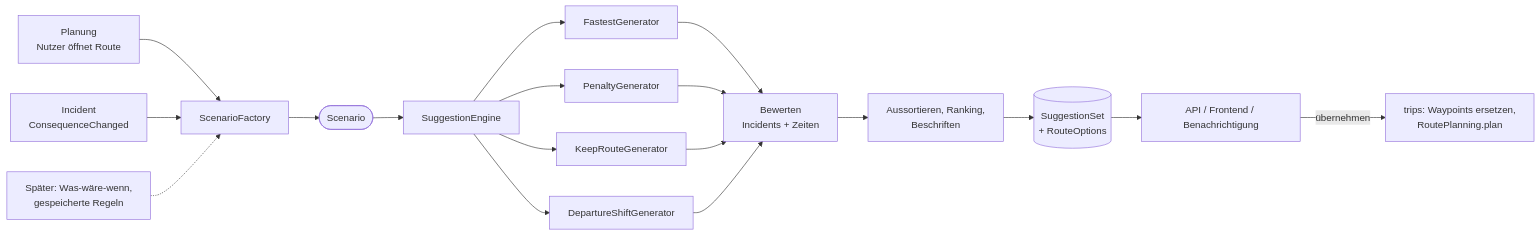
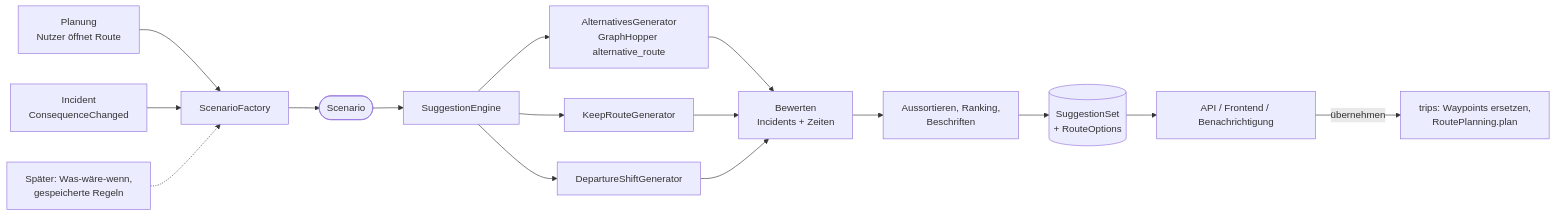
One commit to kehrbros/nofrustrationvacation changed the diagram in Docs/recommendations.md. Above: the diagram before and after it, drawn with Mermaid. The commit also changed other lines of this file and 1 other file, not shown here.

First line of the commit message:
Design: Alternativen über GraphHopper alternative_route statt Penalty-Methode

````diff
--- a/Docs/recommendations.md
+++ b/Docs/recommendations.md
@@ -10,17 +10,16 @@
 ```mermaid
 flowchart LR
     p[Planung<br>Nutzer öffnet Route] --> sf
     i[Incident<br>ConsequenceChanged] --> sf
     w[Später: Was-wäre-wenn,<br>gespeicherte Regeln] -.-> sf
     sf[ScenarioFactory] --> s([Scenario])
     s --> e[SuggestionEngine]
-    e --> g1[FastestGenerator]
-    e --> g2[PenaltyGenerator]
+    e --> g2[AlternativesGenerator<br>GraphHopper alternative_route]
     e --> g3[KeepRouteGenerator]
     e --> g4[DepartureShiftGenerator]
-    g1 & g2 & g3 & g4 --> ev[Bewerten<br>Incidents + Zeiten]
+    g2 & g3 & g4 --> ev[Bewerten<br>Incidents + Zeiten]
     ev --> r[Aussortieren, Ranking,<br>Beschriften]
     r --> set[(SuggestionSet<br>+ RouteOptions)]
     set --> api[API / Frontend / Benachrichtigung]
     api -->|übernehmen| trips[trips: Waypoints ersetzen,<br>RoutePlanning.plan]
 ```
````
